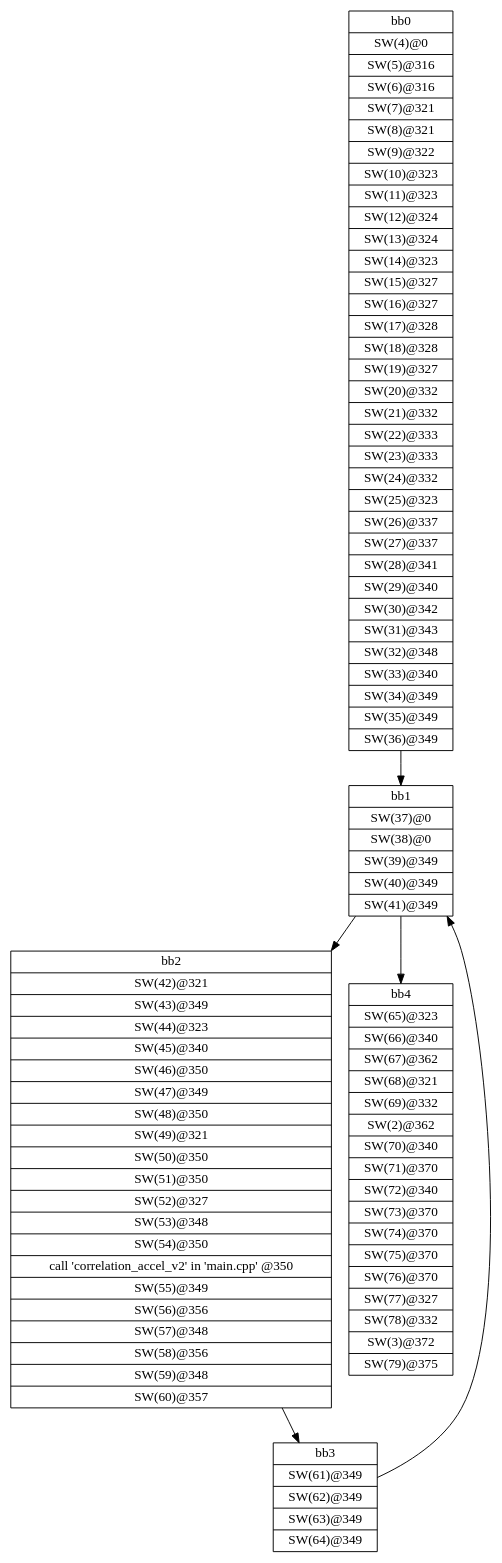
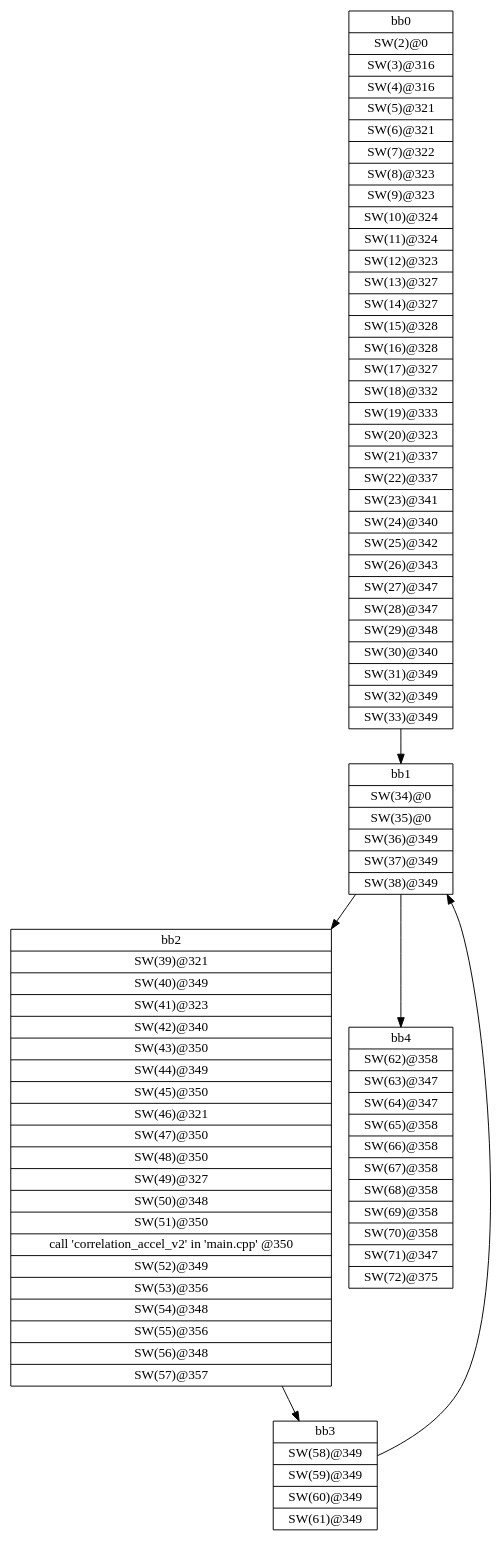
One commit to nguyencanhtrung/SDSoC changed the diagram in workspace/correlation_ver2_axis/correlation_axis_ver2/SDRelease/_sds/.llvm/_px_cdfg_init_main.dot. Above: the diagram before and after it, drawn with Graphviz. The commit also changed 716 other files, not shown here.

```diff
--- a/workspace/correlation_ver2_axis/correlation_axis_ver2/SDRelease/_sds/.llvm/_px_cdfg_init_main.dot
+++ b/workspace/correlation_ver2_axis/correlation_axis_ver2/SDRelease/_sds/.llvm/_px_cdfg_init_main.dot
@@ -1,13 +1,13 @@
 digraph CDFG {
 node [shape=record];
-bb0 [shape=record, label = "{bb0|<x0x2d03ca0>SW(4)@0\n|<x0x2d03d20>SW(5)@316\n|<x0x2d03f10>SW(6)@316\n|<x0x2d04660>SW(7)@321\n|<x0x2d04890>SW(8)@321\n|<x0x2d04ac0>SW(9)@322\n|<x0x2d04cf0>SW(10)@323\n|<x0x2d04f20>SW(11)@323\n|<x0x2d05150>SW(12)@324\n|<x0x2d053a0>SW(13)@324\n|<x0x2d00ad0>SW(14)@323\n|<x0x2d00d10>SW(15)@327\n|<x0x2d00f40>SW(16)@327\n|<x0x2d01170>SW(17)@328\n|<x0x2d013c0>SW(18)@328\n|<x0x2d015d0>SW(19)@327\n|<x0x2d01810>SW(20)@332\n|<x0x2d01a40>SW(21)@332\n|<x0x2d01c70>SW(22)@333\n|<x0x2d01ec0>SW(23)@333\n|<x0x2d020d0>SW(24)@332\n|<x0x2d02310>SW(25)@323\n|<x0x2d02540>SW(26)@337\n|<x0x2d02750>SW(27)@337\n|<x0x2d02970>SW(28)@341\n|<x0x2d06a00>SW(29)@340\n|<x0x2d06c50>SW(30)@342\n|<x0x2d06ec0>SW(31)@343\n|<x0x2d07110>SW(32)@348\n|<x0x2d07340>SW(33)@340\n|<x0x2d07590>SW(34)@349\n|<x0x2d077b0>SW(35)@349\n|<x0x2d079f0>SW(36)@349\n}"];
-bb1 [shape=record, label = "{bb1|<x0x2d07d90>SW(37)@0\n|<x0x2d07f00>SW(38)@0\n|<x0x2d080a0>SW(39)@349\n|<x0x2d082d0>SW(40)@349\n|<x0x2d084e0>SW(41)@349\n}"];
-bb2 [shape=record, label = "{bb2|<x0x2d07c70>SW(42)@321\n|<x0x2d08ae0>SW(43)@349\n|<x0x2d08d10>SW(44)@323\n|<x0x2d08f40>SW(45)@340\n|<x0x2d09190>SW(46)@350\n|<x0x2d093b0>SW(47)@349\n|<x0x2d095e0>SW(48)@350\n|<x0x2d097f0>SW(49)@321\n|<x0x2d09a20>SW(50)@350\n|<x0x2d09c30>SW(51)@350\n|<x0x2d09e50>SW(52)@327\n|<x0x2d0a080>SW(53)@348\n|<x0x2d0a2b0>SW(54)@350\n|<x0x2cfc350>call 'correlation_accel_v2' in 'main.cpp' @350\n|<x0x2d0a500>SW(55)@349\n|<x0x2d0a730>SW(56)@356\n|<x0x2d0a940>SW(57)@348\n|<x0x2d0ab80>SW(58)@356\n|<x0x2d0ada0>SW(59)@348\n|<x0x2d0afe0>SW(60)@357\n}"];
-bb3 [shape=record, label = "{bb3|<x0x2d0b320>SW(61)@349\n|<x0x2d0b550>SW(62)@349\n|<x0x2d0b760>SW(63)@349\n|<x0x2d0b9a0>SW(64)@349\n}"];
-bb4 [shape=record, label = "{bb4|<x0x2d0bdb0>SW(65)@323\n|<x0x2d0bfb0>SW(66)@340\n|<x0x2d0c200>SW(67)@362\n|<x0x2d0c420>SW(68)@321\n|<x0x2d0c650>SW(69)@332\n|<x0x2d00990>SW(2)@362\n|<x0x2d0c8a0>SW(70)@340\n|<x0x2d0cb60>SW(71)@370\n|<x0x2d0cd20>SW(72)@340\n|<x0x2d0cf70>SW(73)@370\n|<x0x2d0d180>SW(74)@370\n|<x0x2d0d390>SW(75)@370\n|<x0x2d0d5a0>SW(76)@370\n|<x0x2d0d7e0>SW(77)@327\n|<x0x2d0da10>SW(78)@332\n|<x0x2d006d0>SW(3)@372\n|<x0x2d0dc60>SW(79)@375\n}"];
+bb0 [shape=record, label = "{bb0|<x0x1f71bf0>SW(2)@0\n|<x0x1f74b20>SW(3)@316\n|<x0x1f74d30>SW(4)@316\n|<x0x1f753b0>SW(5)@321\n|<x0x1f755b0>SW(6)@321\n|<x0x1f757e0>SW(7)@322\n|<x0x1f75a10>SW(8)@323\n|<x0x1f75c40>SW(9)@323\n|<x0x1f75e70>SW(10)@324\n|<x0x1f76460>SW(11)@324\n|<x0x1f76670>SW(12)@323\n|<x0x1f768b0>SW(13)@327\n|<x0x1f76ae0>SW(14)@327\n|<x0x1f76d10>SW(15)@328\n|<x0x1f76f60>SW(16)@328\n|<x0x1f77170>SW(17)@327\n|<x0x1f72550>SW(18)@332\n|<x0x1f72750>SW(19)@333\n|<x0x1f729a0>SW(20)@323\n|<x0x1f72bd0>SW(21)@337\n|<x0x1f72de0>SW(22)@337\n|<x0x1f73000>SW(23)@341\n|<x0x1f73250>SW(24)@340\n|<x0x1f734a0>SW(25)@342\n|<x0x1f73710>SW(26)@343\n|<x0x1f73960>SW(27)@347\n|<x0x1f73b70>SW(28)@347\n|<x0x1f73db0>SW(29)@348\n|<x0x1f73fe0>SW(30)@340\n|<x0x1f74230>SW(31)@349\n|<x0x1f74450>SW(32)@349\n|<x0x1f78520>SW(33)@349\n}"];
+bb1 [shape=record, label = "{bb1|<x0x1f78880>SW(34)@0\n|<x0x1f789f0>SW(35)@0\n|<x0x1f78b90>SW(36)@349\n|<x0x1f78dc0>SW(37)@349\n|<x0x1f78fd0>SW(38)@349\n}"];
+bb2 [shape=record, label = "{bb2|<x0x1f78760>SW(39)@321\n|<x0x1f795a0>SW(40)@349\n|<x0x1f797d0>SW(41)@323\n|<x0x1f79a00>SW(42)@340\n|<x0x1f79c50>SW(43)@350\n|<x0x1f79e70>SW(44)@349\n|<x0x1f7a0a0>SW(45)@350\n|<x0x1f7a2b0>SW(46)@321\n|<x0x1f7a4e0>SW(47)@350\n|<x0x1f7a730>SW(48)@350\n|<x0x1f7a8f0>SW(49)@327\n|<x0x1f7ab20>SW(50)@348\n|<x0x1f7ad50>SW(51)@350\n|<x0x1f6d9e0>call 'correlation_accel_v2' in 'main.cpp' @350\n|<x0x1f7afa0>SW(52)@349\n|<x0x1f7b1d0>SW(53)@356\n|<x0x1f7b3e0>SW(54)@348\n|<x0x1f7b610>SW(55)@356\n|<x0x1f7b830>SW(56)@348\n|<x0x1f7ba70>SW(57)@357\n}"];
+bb3 [shape=record, label = "{bb3|<x0x1f7bdb0>SW(58)@349\n|<x0x1f7bfe0>SW(59)@349\n|<x0x1f7c1f0>SW(60)@349\n|<x0x1f7c430>SW(61)@349\n}"];
+bb4 [shape=record, label = "{bb4|<x0x1f7c6f0>SW(62)@358\n|<x0x1f7ca40>SW(63)@347\n|<x0x1f7cc80>SW(64)@347\n|<x0x1f7ceb0>SW(65)@358\n|<x0x1f7d0c0>SW(66)@358\n|<x0x1f7d2d0>SW(67)@358\n|<x0x1f7d4e0>SW(68)@358\n|<x0x1f7d6f0>SW(69)@358\n|<x0x1f7d950>SW(70)@358\n|<x0x1f7db70>SW(71)@347\n|<x0x1f7ddb0>SW(72)@375\n}"];
 bb0 -> bb1
 bb1 -> bb2
 bb1 -> bb4
 bb2 -> bb3
 bb3 -> bb1
 }
```
